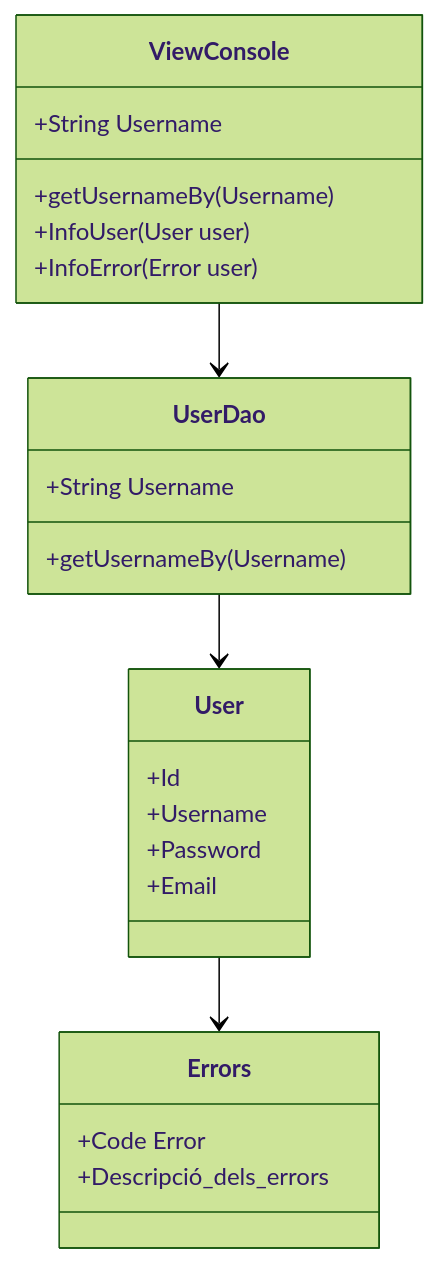
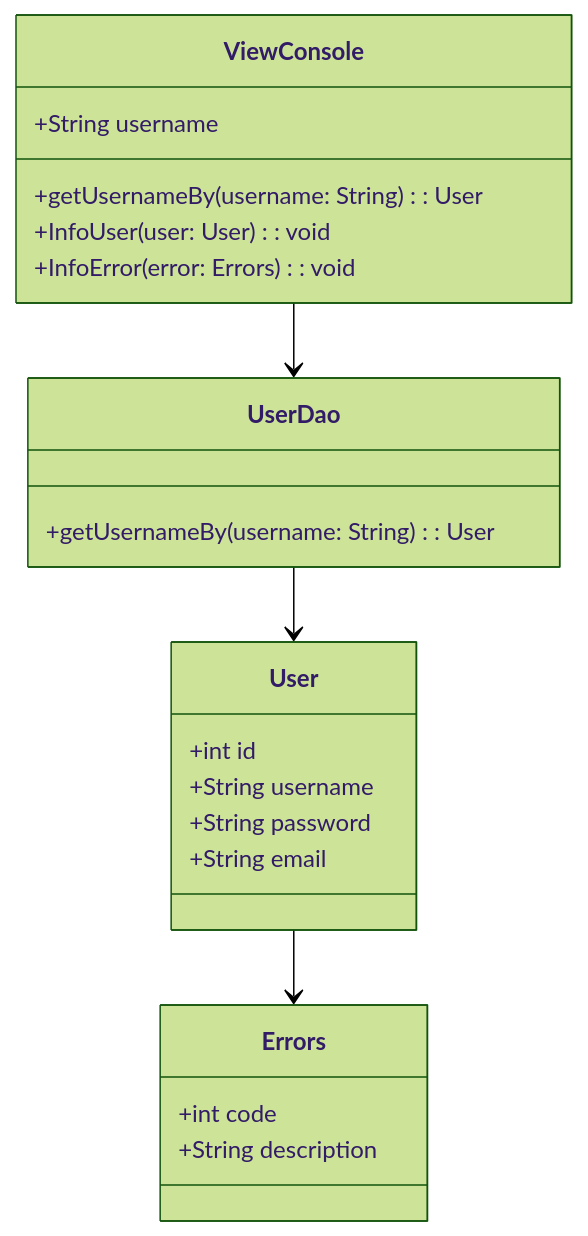
Before and after one commit to Dariella06/TapaTapp: the diagram in Prototip.mermaid, drawn with Mermaid (forest theme).

Commit message:
Cambio de codigos y añadir

```diff
--- a/Prototip.mermaid
+++ b/Prototip.mermaid
@@ -1,26 +1,27 @@
 classDiagram
     ViewConsole --> UserDao
     UserDao --> User
     User --> Errors
 
-class ViewConsole{
-    +String Username
-    +getUsernameBy(Username)
-    +InfoUser(User user)
-    +InfoError(Error user)
-}
+    class ViewConsole {
+        +String username
+        +getUsernameBy(username: String): User
+        +InfoUser(user: User): void
+        +InfoError(error: Errors): void
+    }
 
-class UserDao{
-    +getUsernameBy(Username)
-    +String Username
-}
-class User{
-    +Id
-    +Username
-    +Password
-    +Email
-}
-class Errors{
-    +Code Error
-    +Descripció_dels_errors
-}
+    class UserDao {
+        +getUsernameBy(username: String): User
+    }
+
+    class User {
+        +int id
+        +String username
+        +String password
+        +String email
+    }
+
+    class Errors {
+        +int code
+        +String description
+    }
```
